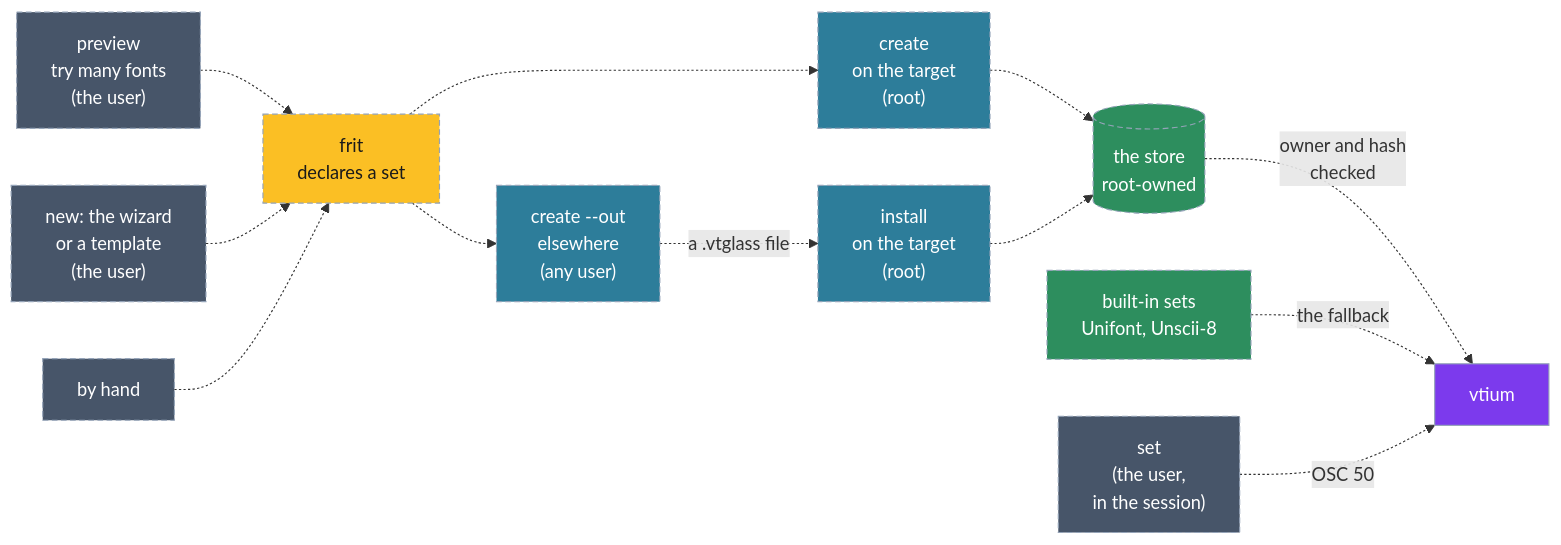
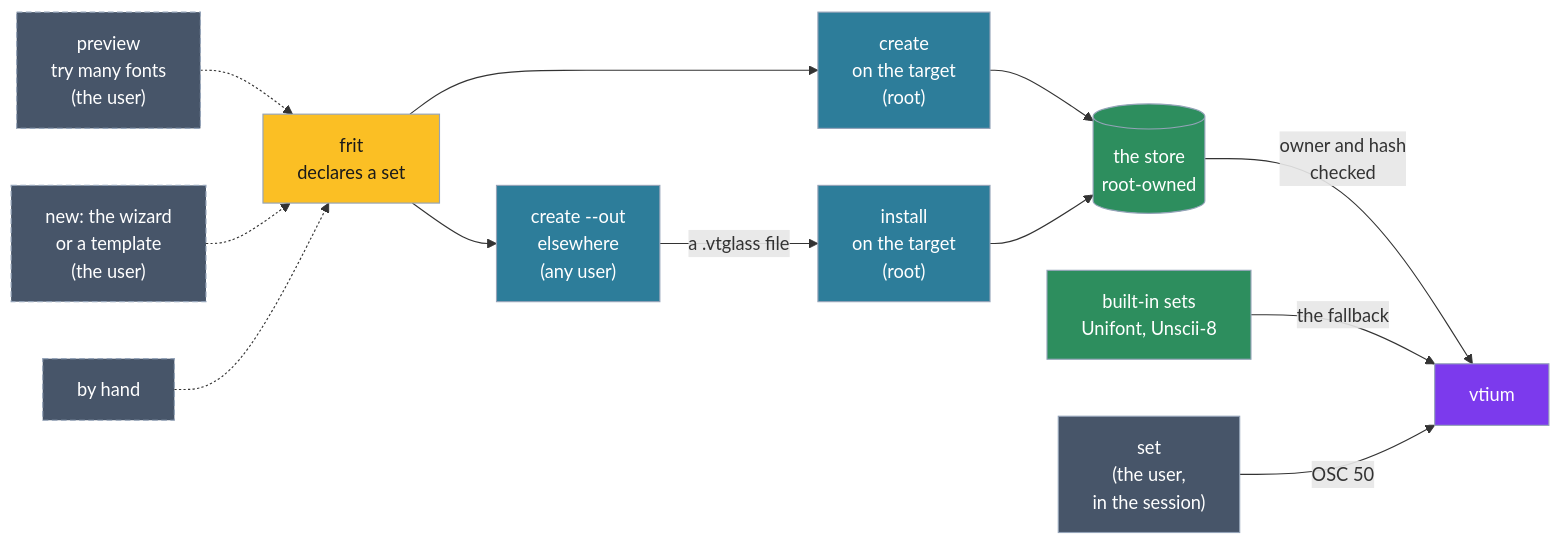
Before and after one commit to vtium/vtium: the second of 2 diagrams in docs/concepts.md, drawn with Mermaid. The commit also changed other lines of this file and 3 other files, not shown here.

Commit message:
docs: set selection is built; font-name names a set

````diff
--- a/docs/concepts.md
+++ b/docs/concepts.md
@@ -114,24 +114,26 @@
 ```mermaid
 flowchart LR
     P["preview<br>try many fonts<br>(the user)"] -.-> R
     W["new: the wizard<br>or a template<br>(the user)"] -.-> R
     H["by hand"] -.-> R
-    R["frit<br>declares a set"] -.-> C["create<br>on the target<br>(root)"]
-    R -.-> O["create --out<br>elsewhere<br>(any user)"]
-    O -.->|"a .vtglass file"| I["install<br>on the target<br>(root)"]
-    C -.-> ST[("the store<br>root-owned")]
-    I -.-> ST
-    ST -.->|"owner and hash<br>checked"| V["vtium"]
-    B["built-in sets<br>Unifont, Unscii-8"] -.->|"the fallback"| V
-    S["set<br>(the user,<br>in the session)"] -.->|"OSC 50"| V
-    classDef step fill:#2d7d9a,color:#ffffff,stroke:#94a3b8,stroke-dasharray:5 3
+    R["frit<br>declares a set"] --> C["create<br>on the target<br>(root)"]
+    R --> O["create --out<br>elsewhere<br>(any user)"]
+    O -->|"a .vtglass file"| I["install<br>on the target<br>(root)"]
+    C --> ST[("the store<br>root-owned")]
+    I --> ST
+    ST -->|"owner and hash<br>checked"| V["vtium"]
+    B["built-in sets<br>Unifont, Unscii-8"] -->|"the fallback"| V
+    S["set<br>(the user,<br>in the session)"] -->|"OSC 50"| V
+    classDef step fill:#2d7d9a,color:#ffffff,stroke:#94a3b8
     classDef core fill:#7c3aed,color:#ffffff,stroke:#94a3b8
-    classDef store fill:#2d8e5e,color:#ffffff,stroke:#94a3b8,stroke-dasharray:5 3
-    classDef input fill:#fbbf24,color:#1a1a1a,stroke:#94a3b8,stroke-dasharray:5 3
-    classDef user fill:#475569,color:#ffffff,stroke:#94a3b8,stroke-dasharray:5 3
+    classDef store fill:#2d8e5e,color:#ffffff,stroke:#94a3b8
+    classDef input fill:#fbbf24,color:#1a1a1a,stroke:#94a3b8
+    classDef user fill:#475569,color:#ffffff,stroke:#94a3b8
+    classDef proposed fill:#475569,color:#ffffff,stroke:#94a3b8,stroke-dasharray:5 3
     class C,O,I step
     class V core
     class ST,B store
     class R input
-    class P,W,H,S user
+    class S user
+    class P,W,H proposed
 ```
````
